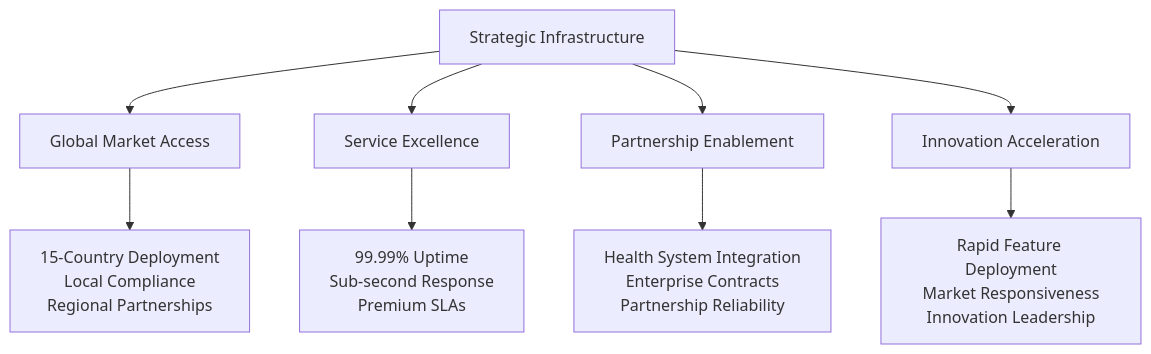
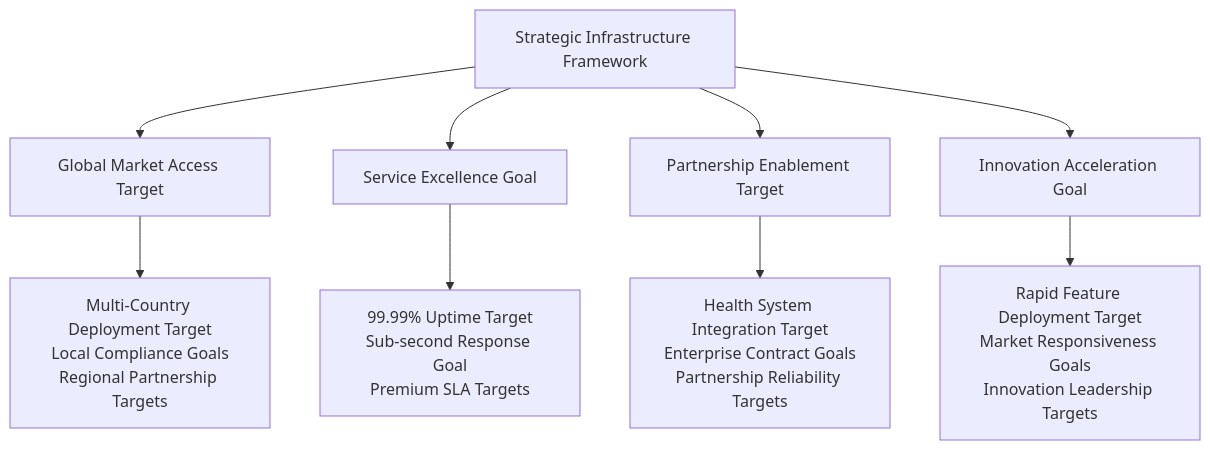
Before and after one commit to mydr24/book: the first of 2 diagrams in chapters/12-deployment-infrastructure.md, drawn with Mermaid. The commit also changed other lines of this file and 15 other files, not shown here.

````diff
--- a/chapters/12-deployment-infrastructure.md
+++ b/chapters/12-deployment-infrastructure.md
@@ -13,12 +15,12 @@
 ```mermaid
 graph TB
-    A[Strategic Infrastructure] --> B[Global Market Access]
-    A --> C[Service Excellence]
-    A --> D[Partnership Enablement]
-    A --> E[Innovation Acceleration]
+    A[Strategic Infrastructure Framework] --> B[Global Market Access Target]
+    A --> C[Service Excellence Goal]
+    A --> D[Partnership Enablement Target]
+    A --> E[Innovation Acceleration Goal]
     
-    B --> F[15-Country Deployment<br/>Local Compliance<br/>Regional Partnerships]
-    C --> G[99.99% Uptime<br/>Sub-second Response<br/>Premium SLAs]
-    D --> H[Health System Integration<br/>Enterprise Contracts<br/>Partnership Reliability]
-    E --> I[Rapid Feature Deployment<br/>Market Responsiveness<br/>Innovation Leadership]
+    B --> F[Multi-Country Deployment Target<br/>Local Compliance Goals<br/>Regional Partnership Targets]
+    C --> G[99.99% Uptime Target<br/>Sub-second Response Goal<br/>Premium SLA Targets]
+    D --> H[Health System Integration Target<br/>Enterprise Contract Goals<br/>Partnership Reliability Targets]
+    E --> I[Rapid Feature Deployment Target<br/>Market Responsiveness Goals<br/>Innovation Leadership Targets]
 ```
````
